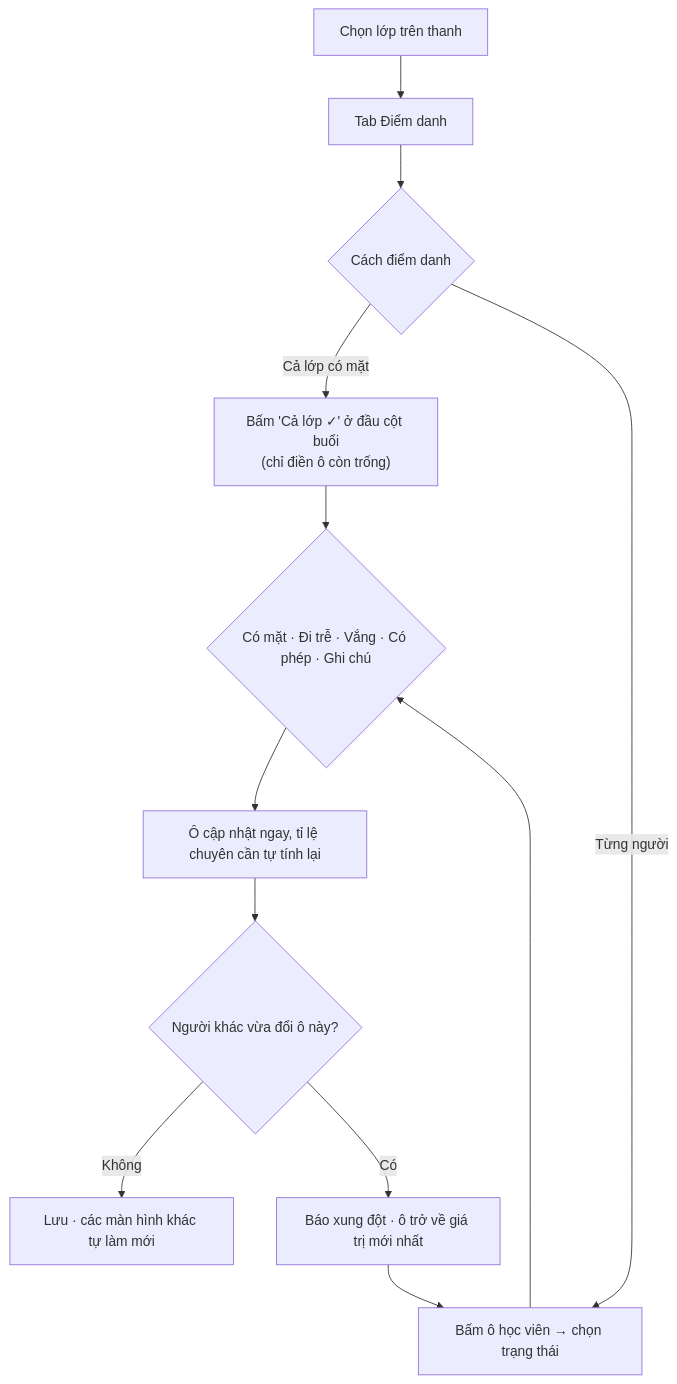
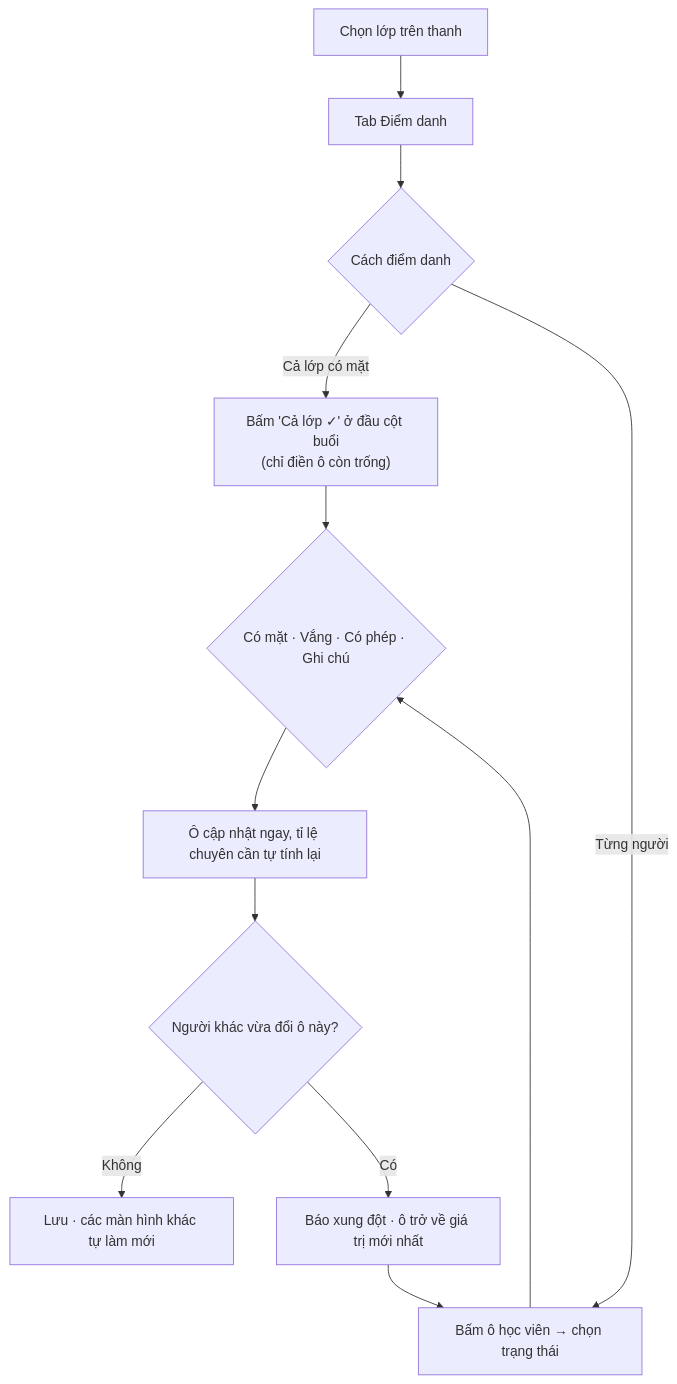
One commit to fuku-tn/class-manager changed the second of 10 diagrams in Documents/2-giao-dien/user-flow.md. Above: the diagram before and after it, drawn with Mermaid. The commit also changed other lines of this file and 43 other files, not shown here.

````diff
--- a/Documents/2-giao-dien/user-flow.md
+++ b/Documents/2-giao-dien/user-flow.md
@@ -62,14 +62,14 @@
 ```mermaid
 flowchart TD
   A[Chọn lớp trên thanh] --> B[Tab Điểm danh]
   B --> C{Cách điểm danh}
   C -- Cả lớp có mặt --> D["Bấm 'Cả lớp ✓' ở đầu cột buổi<br/>(chỉ điền ô còn trống)"]
   C -- Từng người --> E[Bấm ô học viên → chọn trạng thái]
   D --> F
-  E --> F{Có mặt · Đi trễ · Vắng · Có phép · Ghi chú}
+  E --> F{Có mặt · Vắng · Có phép · Ghi chú}
   F --> G[Ô cập nhật ngay, tỉ lệ chuyên cần tự tính lại]
   G --> H{Người khác vừa đổi ô này?}
   H -- Không --> I[Lưu · các màn hình khác tự làm mới]
   H -- Có --> J[Báo xung đột · ô trở về giá trị mới nhất]
   J --> E
 ```
````
